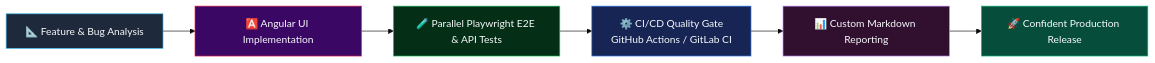
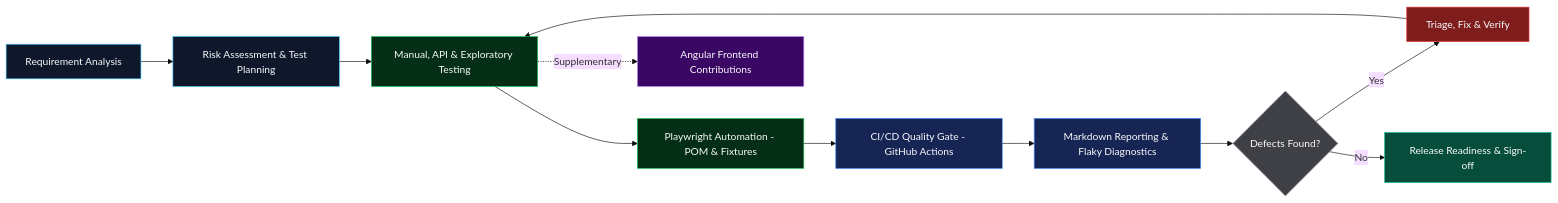
Before and after one commit to salekinnewaz/salekinnewaz: the diagram in README.md, drawn with Mermaid (base theme). The commit also changed other lines of this file, not shown here.

````diff
--- a/README.md
+++ b/README.md
@@ -29,15 +79,24 @@
 ```mermaid
 flowchart LR
-    A[📐 Feature & Bug Analysis] --> B[🅰️ Angular UI Implementation]
-    B --> C[🧪 Parallel Playwright E2E & API Tests]
-    C --> D[⚙️ CI/CD Quality Gate\nGitHub Actions / GitLab CI]
-    D --> E[📊 Custom Markdown Reporting]
-    E --> F[🚀 Confident Production Release]
+    A["Requirement Analysis"] --> B["Risk Assessment & Test Planning"]
+    B --> C["Manual, API & Exploratory Testing"]
+    C --> D["Playwright Automation - POM & Fixtures"]
+    D --> E["CI/CD Quality Gate - GitHub Actions"]
+    E --> F["Markdown Reporting & Flaky Diagnostics"]
+    F --> G{"Defects Found?"}
+    G -- Yes --> H["Triage, Fix & Verify"]
+    H --> C
+    G -- No --> I["Release Readiness & Sign-off"]
+    C -. "Supplementary" .-> J["Angular Frontend Contributions"]
 
-    style A fill:#1e293b,stroke:#38bdf8,color:#f8fafc
-    style B fill:#3b0764,stroke:#e11d48,color:#f8fafc
+    style A fill:#0f172a,stroke:#38bdf8,color:#f8fafc
+    style B fill:#0f172a,stroke:#38bdf8,color:#f8fafc
     style C fill:#052e16,stroke:#22c55e,color:#f8fafc
-    style D fill:#172554,stroke:#3b82f6,color:#f8fafc
-    style E fill:#31102f,stroke:#c084fc,color:#f8fafc
-    style F fill:#064e3b,stroke:#10b981,color:#f8fafc
+    style D fill:#052e16,stroke:#22c55e,color:#f8fafc
+    style E fill:#172554,stroke:#3b82f6,color:#f8fafc
+    style F fill:#172554,stroke:#3b82f6,color:#f8fafc
+    style G fill:#3f3f46,stroke:#a1a1aa,color:#f8fafc
+    style H fill:#7f1d1d,stroke:#ef4444,color:#f8fafc
+    style I fill:#064e3b,stroke:#10b981,color:#f8fafc
+    style J fill:#3b0764,stroke:#c084fc,color:#f8fafc
 ```
````
